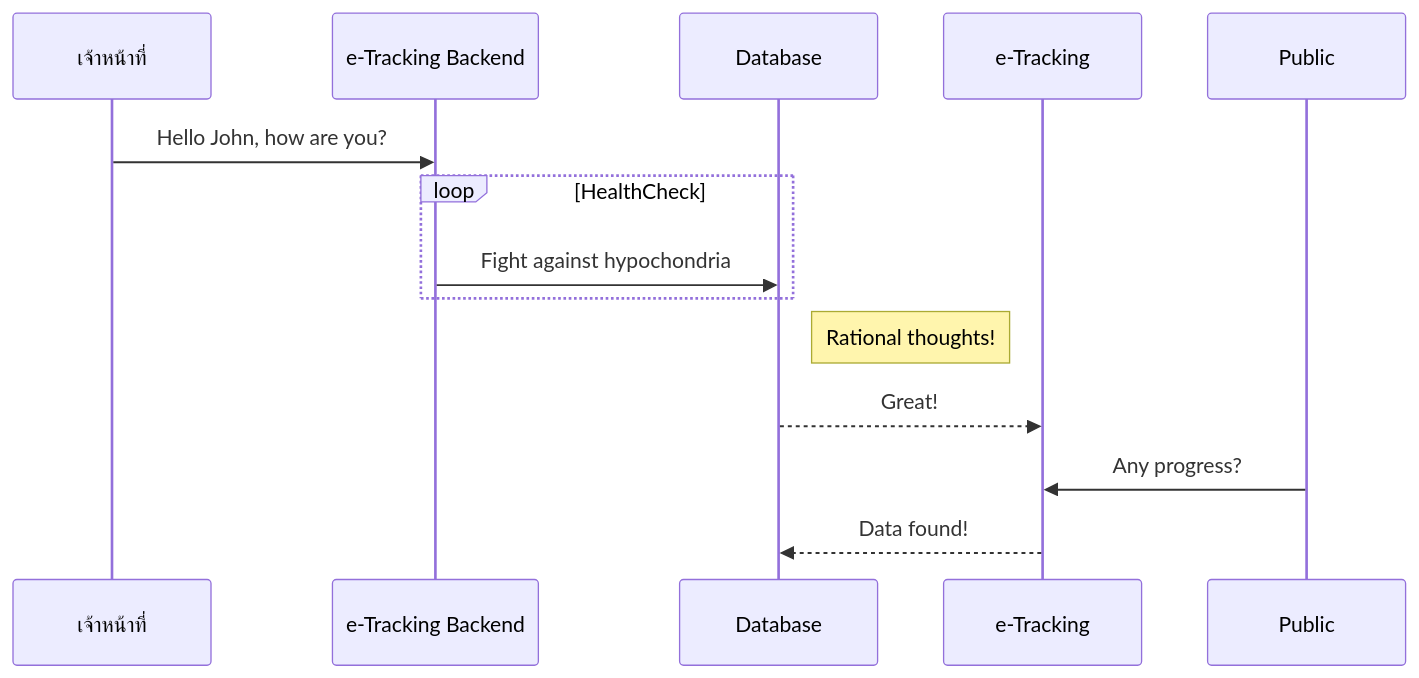
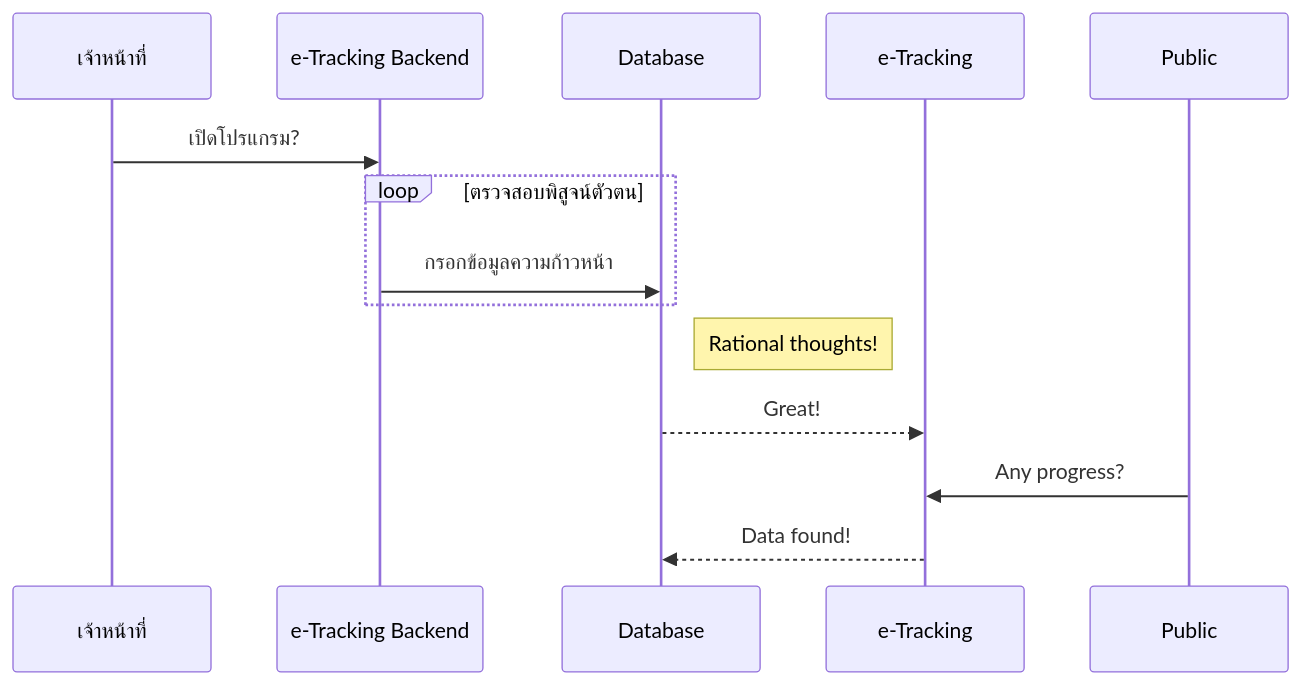
The second of 2 diagrams in README.md (Kietpawpan/e-tracking), drawn with Mermaid before and after one commit.

````diff
--- a/README.md
+++ b/README.md
@@ -28,11 +28,11 @@
 ```mermaid
 sequenceDiagram
-เจ้าหน้าที่->>e-Tracking Backend: Hello John, how are you?
-loop HealthCheck
-    e-Tracking Backend->>Database: Fight against hypochondria
+เจ้าหน้าที่->>e-Tracking Backend: เปิดโปรแกรม?
+loop ตรวจสอบพิสูจน์ตัวตน
+    e-Tracking Backend->>Database: กรอกข้อมูลความก้าวหน้า
 end
 Note right of Database: Rational thoughts!
 Database-->>e-Tracking: Great!
 Public->>e-Tracking: Any progress?
 e-Tracking-->>Database: Data found!
 ```
````
